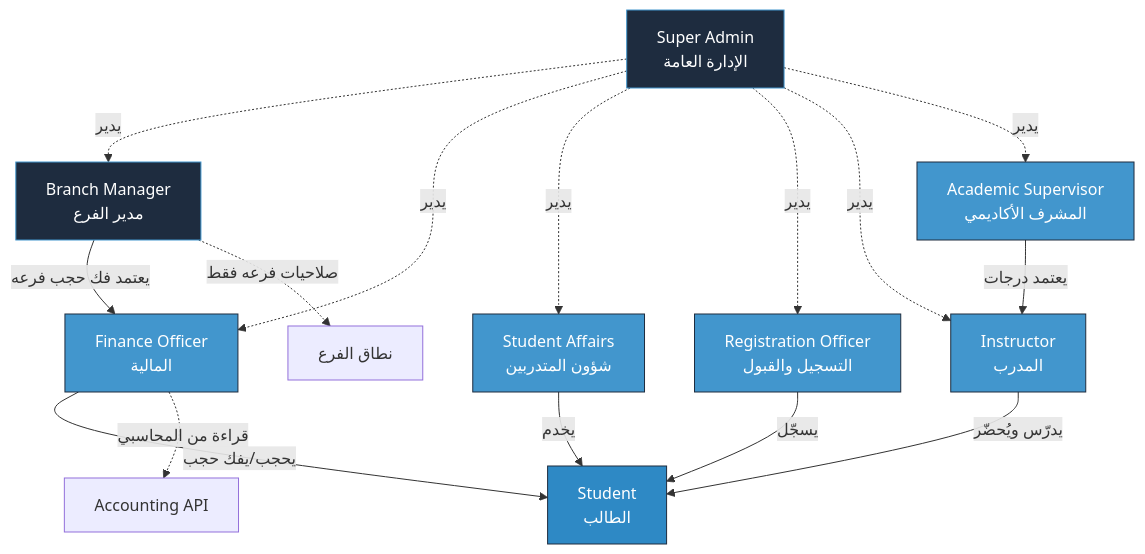
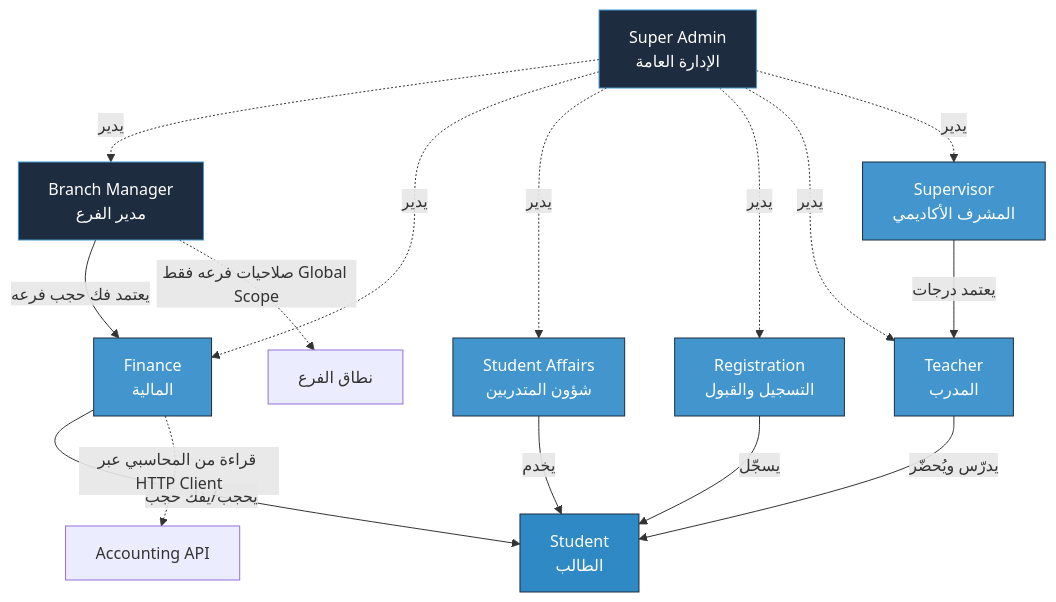
Before and after one commit to alharbib902-del/technical-handover: the second of 8 diagrams in مسودات-الوكلاء/الجزء-01-السياق-والمعمارية.md, drawn with Mermaid. The commit also changed other lines of this file and 22 other files, not shown here.

````diff
--- a/مسودات-الوكلاء/الجزء-01-السياق-والمعمارية.md
+++ b/مسودات-الوكلاء/الجزء-01-السياق-والمعمارية.md
@@ -587,36 +550,36 @@
 ```mermaid
 graph TB
     SA[Super Admin<br/>الإدارة العامة]
     BM[Branch Manager<br/>مدير الفرع]
-    FO[Finance Officer<br/>المالية]
+    FO[Finance<br/>المالية]
     StA[Student Affairs<br/>شؤون المتدربين]
-    RO[Registration Officer<br/>التسجيل والقبول]
-    INS[Instructor<br/>المدرب]
+    RO[Registration<br/>التسجيل والقبول]
+    INS[Teacher<br/>المدرب]
     STU[Student<br/>الطالب]
-    AS[Academic Supervisor<br/>المشرف الأكاديمي]
+    AS[Supervisor<br/>المشرف الأكاديمي]
 
     SA -.->|يدير| BM
     SA -.->|يدير| FO
     SA -.->|يدير| StA
     SA -.->|يدير| RO
     SA -.->|يدير| INS
     SA -.->|يدير| AS
 
     BM -->|يعتمد فك حجب فرعه| FO
     AS -->|يعتمد درجات| INS
     StA -->|يخدم| STU
     FO -->|يحجب/يفك حجب| STU
     INS -->|يدرّس ويُحضّر| STU
     RO -->|يسجّل| STU
 
-    BM -.صلاحيات فرعه فقط.-> BM_SCOPE[نطاق الفرع]
-    FO -.قراءة من المحاسبي.-> ACC[Accounting API]
+    BM -.صلاحيات فرعه فقط Global Scope.-> BM_SCOPE[نطاق الفرع]
+    FO -.قراءة من المحاسبي عبر HTTP Client.-> ACC[Accounting API]
 
     classDef admin fill:#1E2C3F,color:#fff,stroke:#4296CD
     classDef ops fill:#4296CD,color:#fff,stroke:#1E2C3F
     classDef student fill:#2E89C5,color:#fff,stroke:#1E2C3F
 
     class SA,BM admin
     class FO,StA,RO,INS,AS ops
     class STU student
 ```
````
